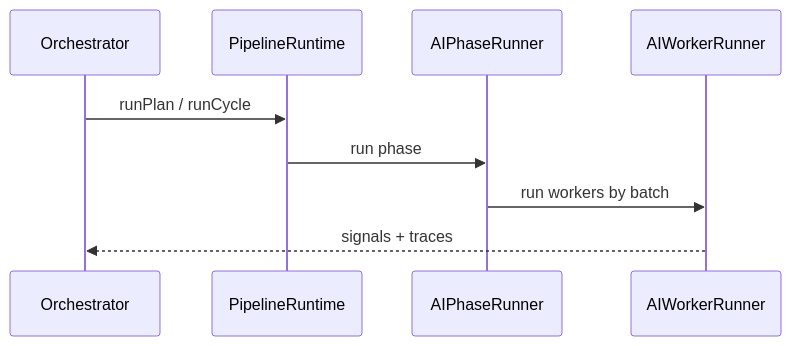
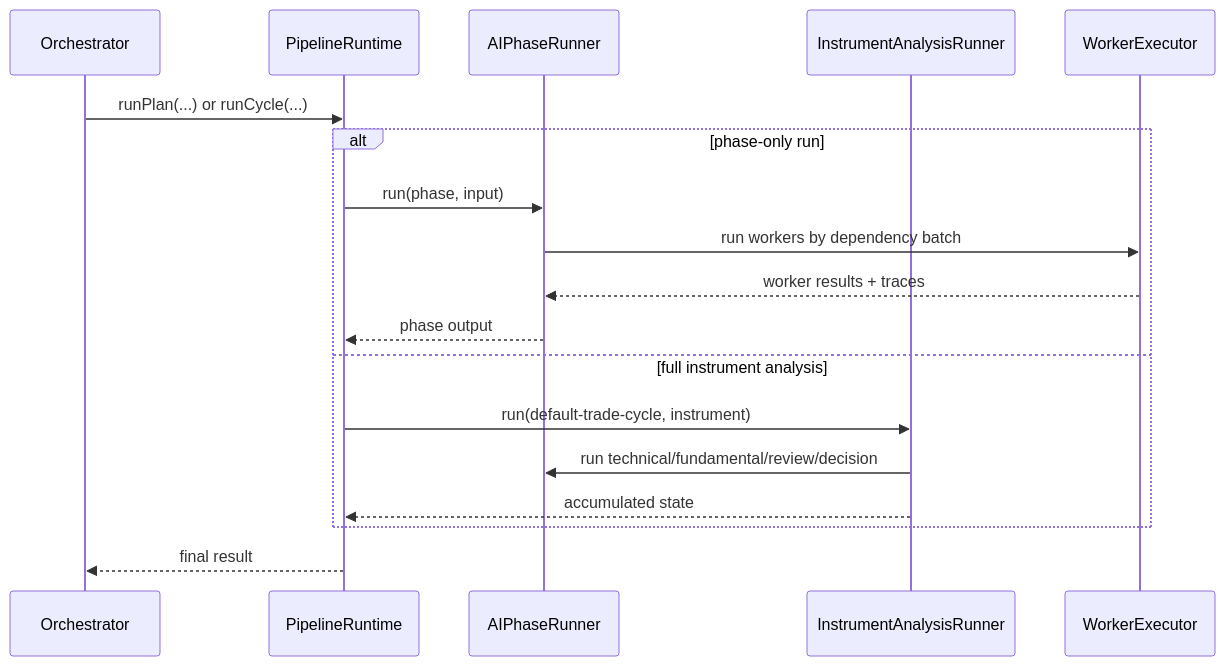
The diagram in electron/main/services/pipeline/README.md (KennethAtchon/Exva), drawn with Mermaid before and after one commit. The commit also changed other lines of this file and 33 other files, not shown here.

````diff
--- a/electron/main/services/pipeline/README.md
+++ b/electron/main/services/pipeline/README.md
@@ -13,11 +15,20 @@
 ```mermaid
 sequenceDiagram
     participant Orchestrator
     participant PipelineRuntime
     participant AIPhaseRunner
-    participant AIWorkerRunner
-    Orchestrator->>PipelineRuntime: runPlan / runCycle
-    PipelineRuntime->>AIPhaseRunner: run phase
-    AIPhaseRunner->>AIWorkerRunner: run workers by batch
-    AIWorkerRunner-->>Orchestrator: signals + traces
+    participant InstrumentAnalysisRunner
+    participant WorkerExecutor
+    Orchestrator->>PipelineRuntime: runPlan(...) or runCycle(...)
+    alt phase-only run
+        PipelineRuntime->>AIPhaseRunner: run(phase, input)
+        AIPhaseRunner->>WorkerExecutor: run workers by dependency batch
+        WorkerExecutor-->>AIPhaseRunner: worker results + traces
+        AIPhaseRunner-->>PipelineRuntime: phase output
+    else full instrument analysis
+        PipelineRuntime->>InstrumentAnalysisRunner: run(default-trade-cycle, instrument)
+        InstrumentAnalysisRunner->>AIPhaseRunner: run technical/fundamental/review/decision
+        InstrumentAnalysisRunner-->>PipelineRuntime: accumulated state
+    end
+    PipelineRuntime-->>Orchestrator: final result
 ```
````
